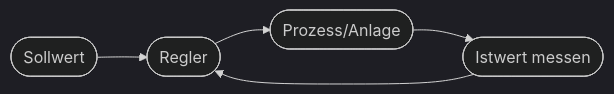
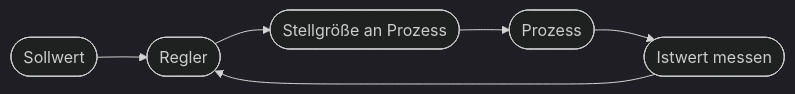
One commit to Qualidy/Prompt-Engineering-KI-in-der-Arbeitswelt changed the diagram in docs/content/kapitel27.md. Above: the diagram before and after it, drawn with Mermaid (dark theme). The commit also changed other lines of this file and 80 other files, not shown here.

````diff
--- a/docs/content/kapitel27.md
+++ b/docs/content/kapitel27.md
@@ -25,7 +27,8 @@
 ```mermaid
 flowchart LR
     A([Sollwert]) --> B([Regler])
-    B --> C([Prozess/Anlage])
-    C --> D([Istwert messen])
-    D --> B
+    B --> C([Stellgröße an Prozess])
+    C --> D([Prozess])
+    D --> E([Istwert messen])
+    E --> B
 ```
````
